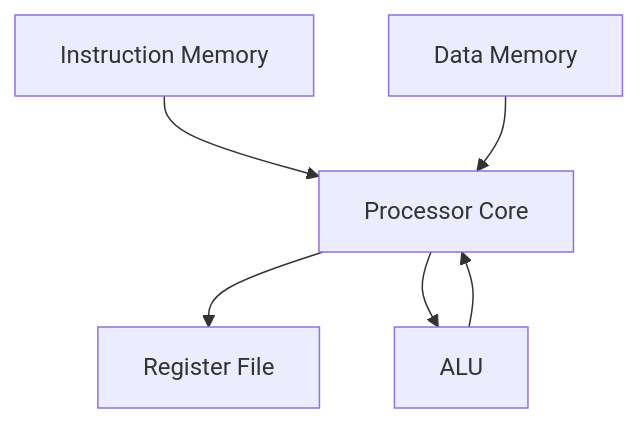
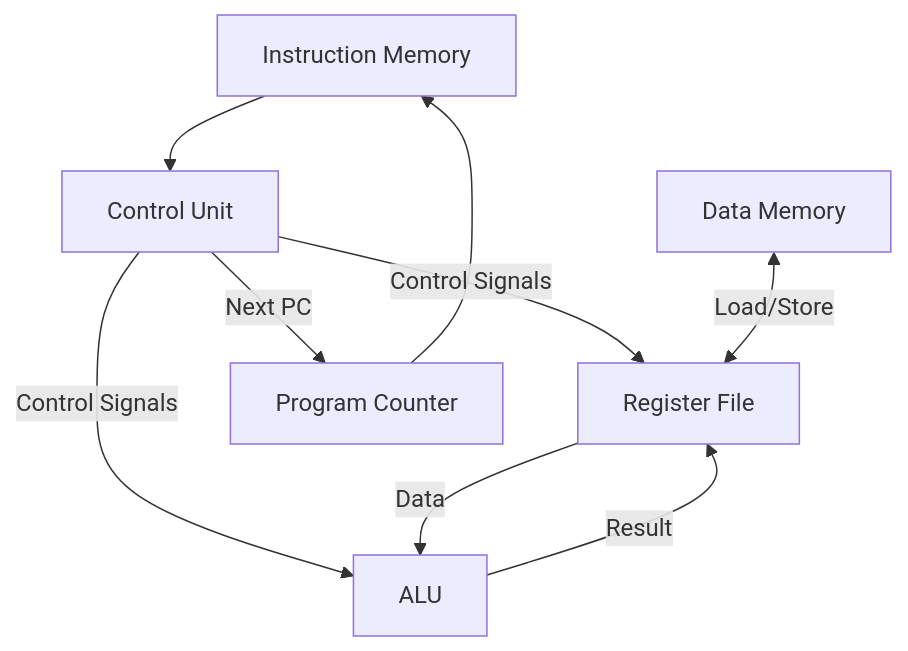
One commit to Sushmit-Biswas/MIPS-Processor-and-Assembler-Implementation changed the third of 3 diagrams in README.md. Above: the diagram before and after it, drawn with Mermaid. The commit also changed other lines of this file, not shown here.

````diff
--- a/README.md
+++ b/README.md
@@ -44,8 +52,11 @@
 ```mermaid
-graph TD
-    A[Instruction Memory] --> B[Processor Core]
-    C[Data Memory] --> B
-    B --> D[Register File]
-    B --> E[ALU]
-    E --> B
+flowchart TD
+    A[Instruction Memory] --> CU[Control Unit]
+    CU --> |Control Signals| RF[Register File]
+    CU --> |Control Signals| ALU[ALU]
+    RF --> |Data| ALU
+    ALU --> |Result| RF
+    DM[Data Memory] <--> |Load/Store| RF
+    PC[Program Counter] --> A
+    CU --> |Next PC| PC
 ```
````
